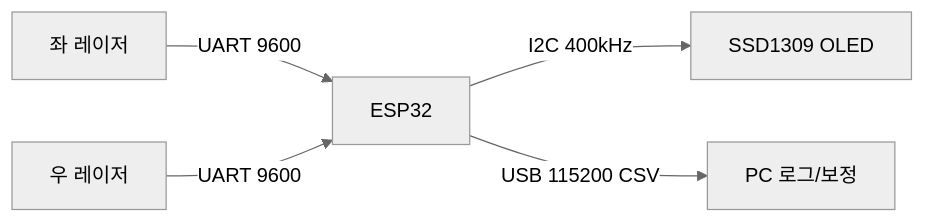
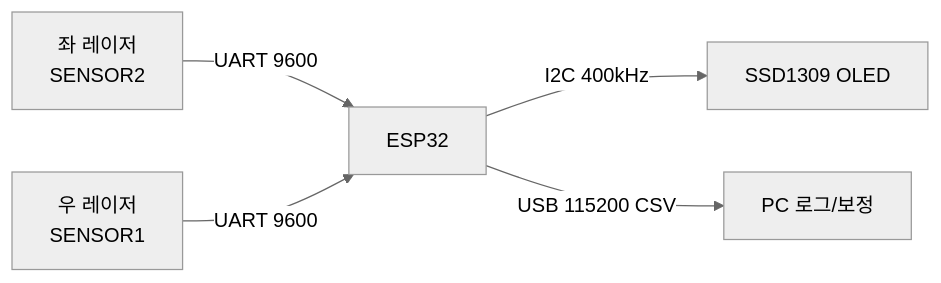
One commit to wowowowooon/KORAIL-Measuring-instrument changed the diagram in docs/hardware.md. Above: the diagram before and after it, drawn with Mermaid (neutral theme). The commit also changed other lines of this file and 10 other files, not shown here.

First line of the commit message:
Add hardware design: sensor selection, schematic, PCB, CAD parts

````diff
--- a/docs/hardware.md
+++ b/docs/hardware.md
@@ -26,7 +46,7 @@
 ```mermaid
 flowchart LR
-    L[좌 레이저] -- UART 9600 --> ESP[ESP32]
-    R[우 레이저] -- UART 9600 --> ESP
+    L[좌 레이저<br/>SENSOR2] -- UART 9600 --> ESP[ESP32]
+    R[우 레이저<br/>SENSOR1] -- UART 9600 --> ESP
     ESP -- I2C 400kHz --> OLED[SSD1309 OLED]
     ESP -- USB 115200 CSV --> PC[PC 로그/보정]
 ```
````
